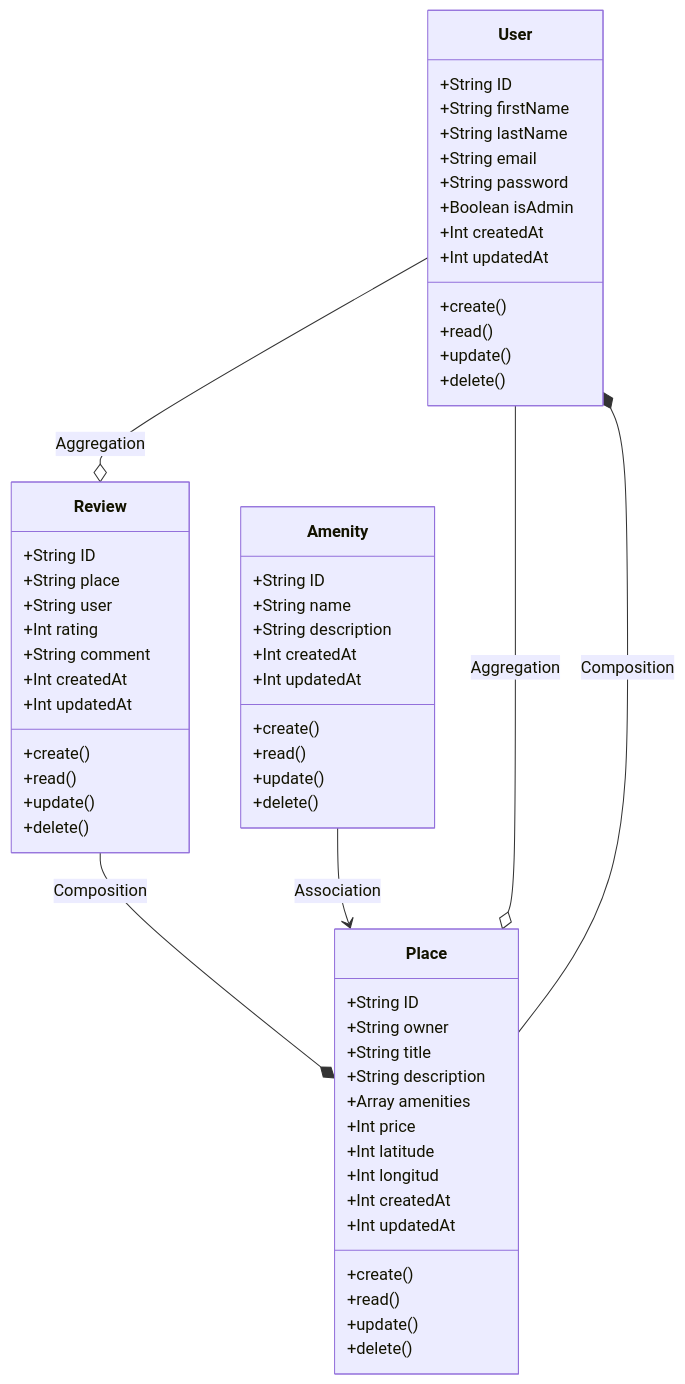
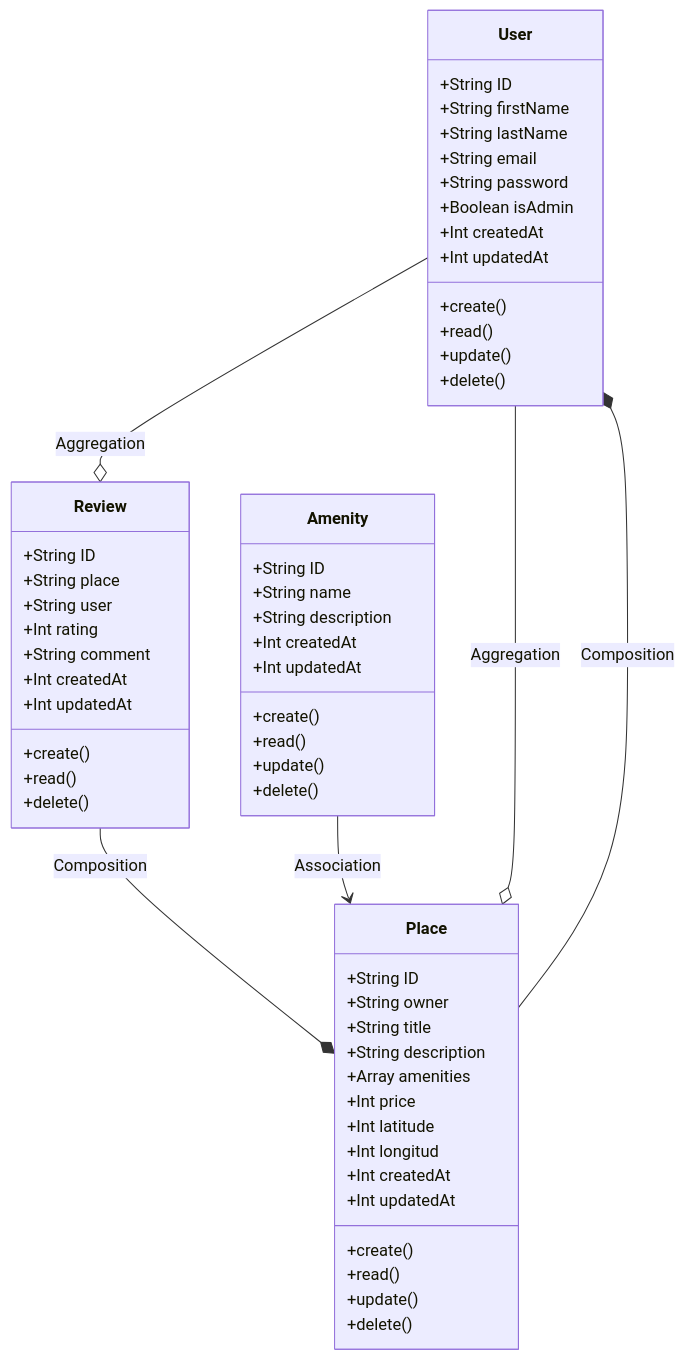
Before and after one commit to JulieRaph/holbertonschool-hbnb: the diagram in part_1/class_diagram.md, drawn with Mermaid. The commit also changed other lines of this file, not shown here.

````diff
--- a/part_1/class_diagram.md
+++ b/part_1/class_diagram.md
@@ -5,62 +5,61 @@
 ```mermaid
 classDiagram
 class User {
     +String ID
     +String firstName
     +String lastName
     +String email
     +String password
     +Boolean isAdmin
     +Int createdAt
     +Int updatedAt
     +create()
     +read()
     +update()
     +delete()
 }
 class Place {
     +String ID
     +String owner
     +String title
     +String description
     +Array amenities
     +Int price
     +Int latitude
     +Int longitud
     +Int createdAt
     +Int updatedAt
     +create()
     +read()
     +update()
     +delete()
 }
 class Review {
     +String ID
     +String place
     +String user
     +Int rating
     +String comment
     +Int createdAt
     +Int updatedAt
     +create()
     +read()
-    +update()
     +delete()
 }
 class Amenity {
     +String ID
     +String name
     +String description
     +Int createdAt
     +Int updatedAt
     +create()
     +read()
     +update()
     +delete()
 }
 Place --* User : Composition
 Review --* Place : Composition
 Amenity --> Place: Association
 User --o Place : Aggregation
 User --o Review : Aggregation
 ```
````
